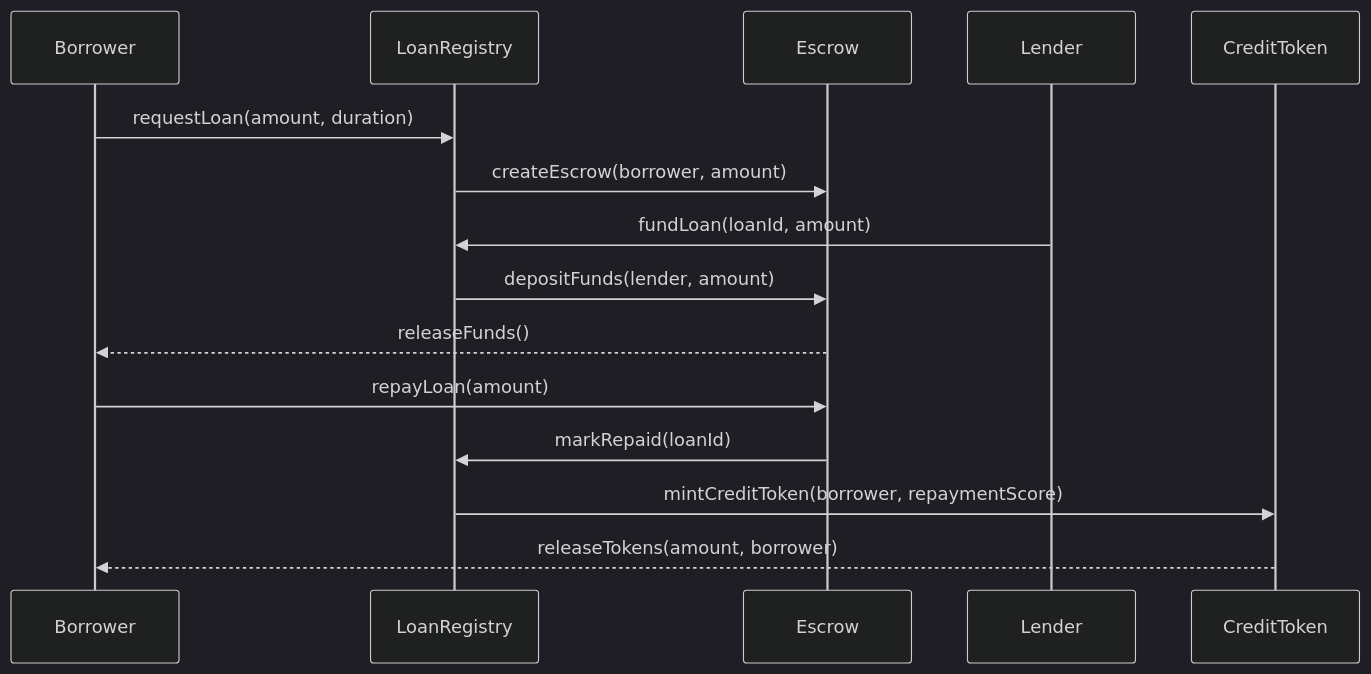
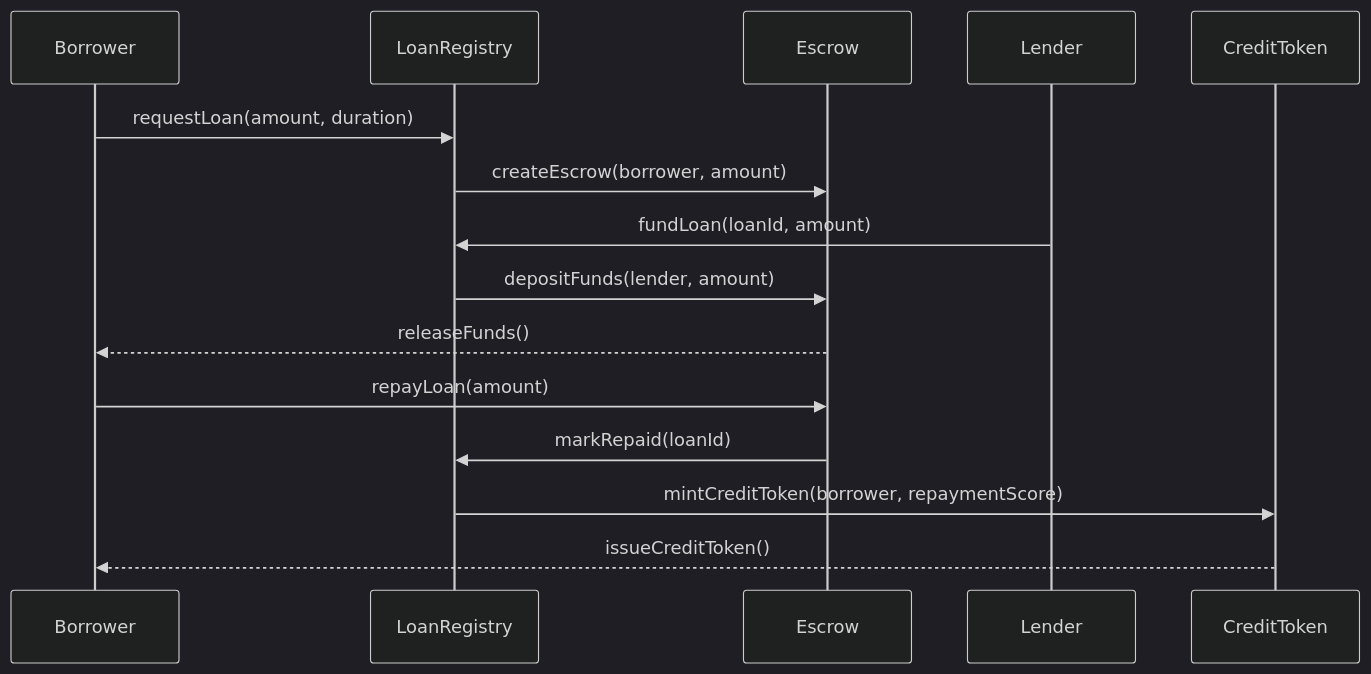
The first of 2 diagrams in contracts/contracts.md (FTC-Project/ftc-lendx), drawn with Mermaid (dark theme) before and after one commit. The commit also changed other lines of this file, not shown here.

````diff
--- a/contracts/contracts.md
+++ b/contracts/contracts.md
@@ -8,19 +13,19 @@
 ```{mermaid}
 sequenceDiagram
     participant Borrower
     participant LoanRegistry
     participant Escrow
     participant Lender
     participant CreditToken
 
     Borrower->>LoanRegistry: requestLoan(amount, duration)
     LoanRegistry->>Escrow: createEscrow(borrower, amount)
     Lender->>LoanRegistry: fundLoan(loanId, amount)
     LoanRegistry->>Escrow: depositFunds(lender, amount)
     Escrow-->>Borrower: releaseFunds()
 
     Borrower->>Escrow: repayLoan(amount)
     Escrow->>LoanRegistry: markRepaid(loanId)
     LoanRegistry->>CreditToken: mintCreditToken(borrower, repaymentScore)
-    CreditToken-->>Borrower: releaseTokens(amount, borrower)
+    CreditToken-->>Borrower: issueCreditToken()
 ```
````
